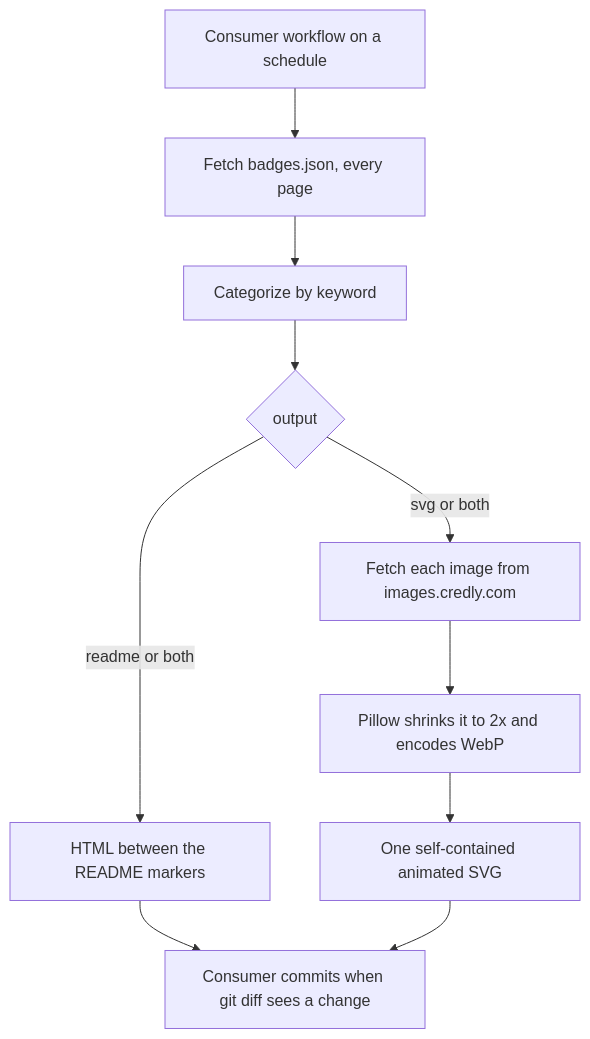
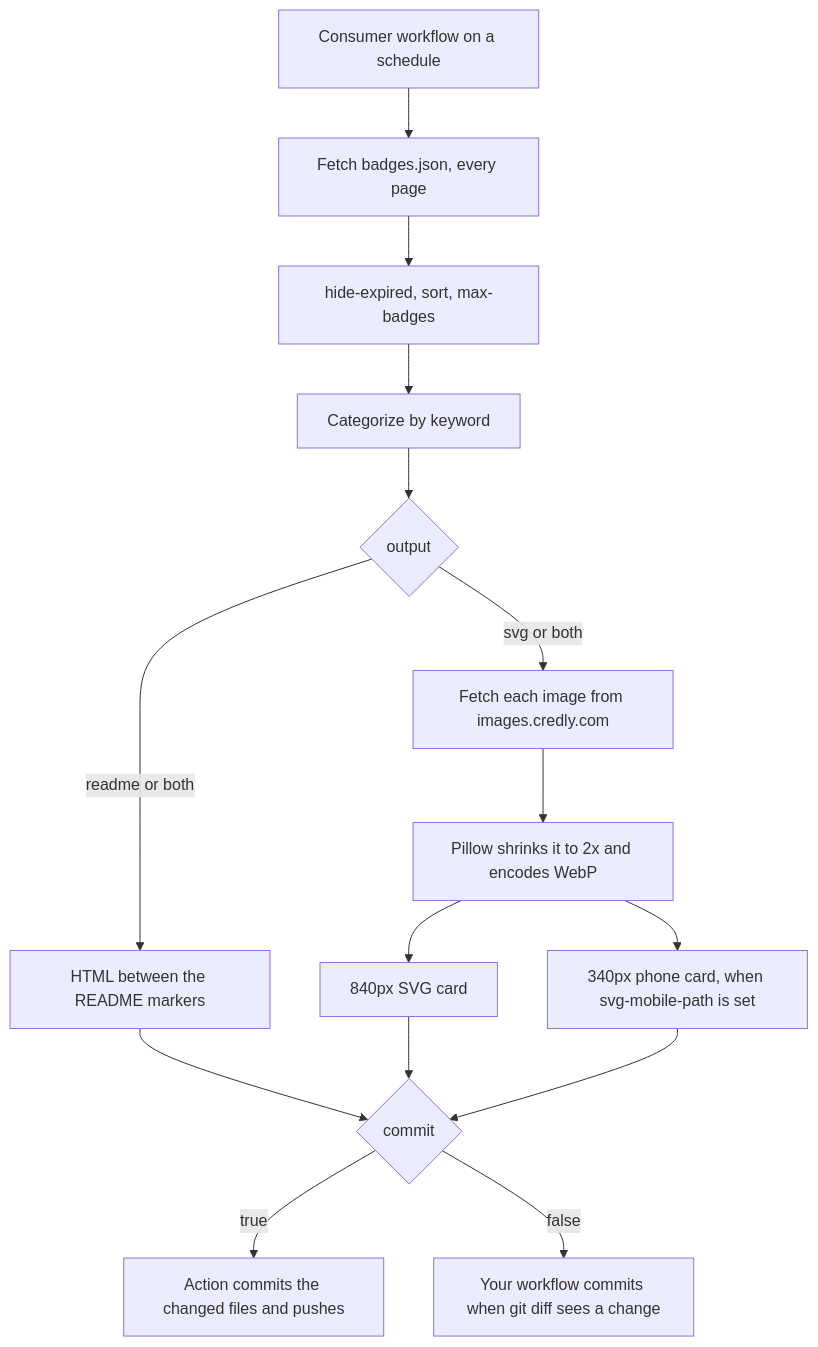
One commit to Sagargupta16/credly-badge-readme-action changed the diagram in README.md. Above: the diagram before and after it, drawn with Mermaid. The commit also changed other lines of this file and 10 other files, not shown here.

First line of the commit message:
feat: add a phone card, badge selection and an optional commit step (#15)

````diff
--- a/README.md
+++ b/README.md
@@ -298,12 +392,17 @@
 ```mermaid
 flowchart TD
     A[Consumer workflow on a schedule] --> B[Fetch badges.json, every page]
-    B --> C[Categorize by keyword]
+    B --> S[hide-expired, sort, max-badges]
+    S --> C[Categorize by keyword]
     C --> D{output}
     D -->|readme or both| E[HTML between the README markers]
     D -->|svg or both| F[Fetch each image from images.credly.com]
     F --> G[Pillow shrinks it to 2x and encodes WebP]
-    G --> H[One self-contained animated SVG]
-    E --> I[Consumer commits when git diff sees a change]
+    G --> H[840px SVG card]
+    G --> M[340px phone card, when svg-mobile-path is set]
+    E --> I{commit}
     H --> I
+    M --> I
+    I -->|true| J[Action commits the changed files and pushes]
+    I -->|false| K[Your workflow commits when git diff sees a change]
 ```
````
